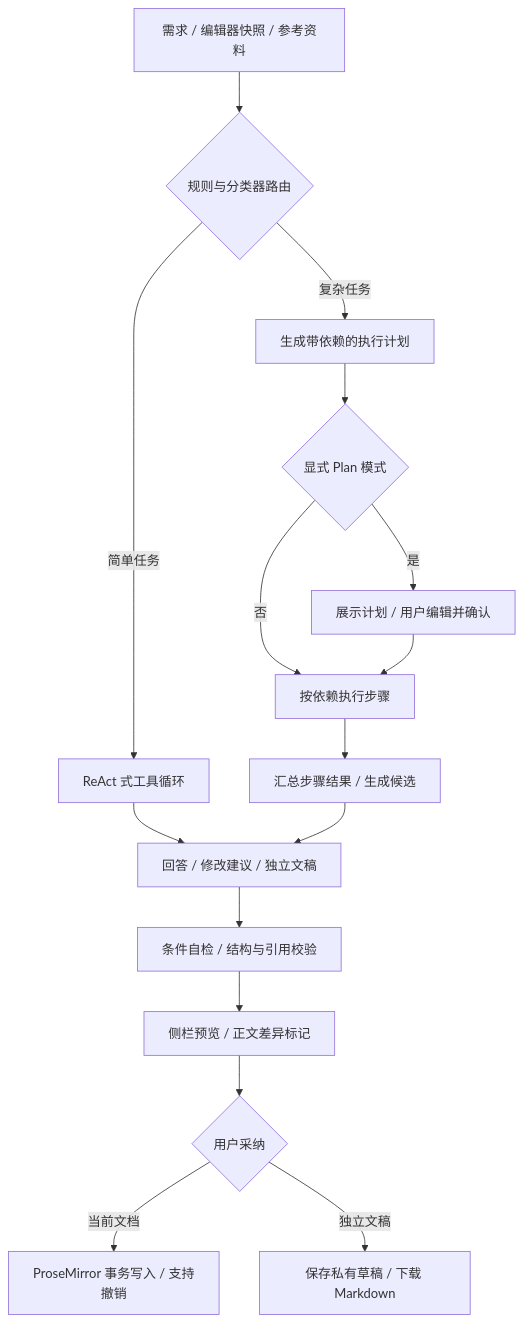
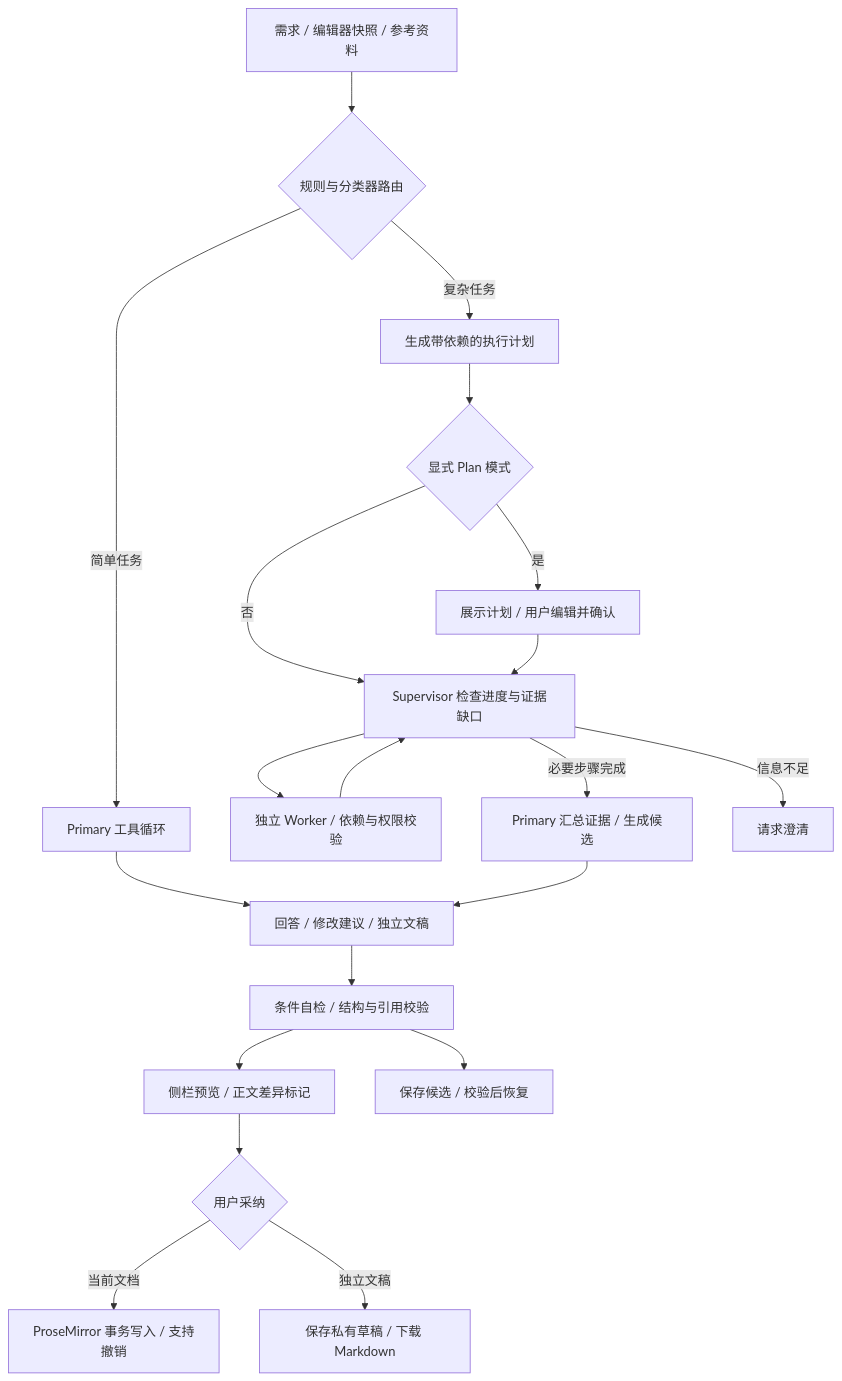
Before and after one commit to seren-spark/livedoc: the third of 4 diagrams in README.md, drawn with Mermaid. The commit also changed other lines of this file and 22 other files, not shown here.

````diff
--- a/README.md
+++ b/README.md
@@ -67,18 +150,22 @@
 ```mermaid
 flowchart TD
   Input[需求 / 编辑器快照 / 参考资料] --> Route{规则与分类器路由}
-  Route -->|简单任务| ReactLoop[ReAct 式工具循环]
+  Route -->|简单任务| ReactLoop[Primary 工具循环]
   Route -->|复杂任务| Plan[生成带依赖的执行计划]
   Plan --> Mode{显式 Plan 模式}
   Mode -->|是| Review[展示计划 / 用户编辑并确认]
-  Mode -->|否| Execute[按依赖执行步骤]
-  Review --> Execute
-  Execute --> Compose[汇总步骤结果 / 生成候选]
+  Mode -->|否| Supervisor[Supervisor 检查进度与证据缺口]
+  Review --> Supervisor
+  Supervisor --> Execute[独立 Worker / 依赖与权限校验]
+  Execute --> Supervisor
+  Supervisor -->|必要步骤完成| Compose[Primary 汇总证据 / 生成候选]
+  Supervisor -->|信息不足| Clarify[请求澄清]
   ReactLoop --> Candidate[回答 / 修改建议 / 独立文稿]
   Compose --> Candidate
   Candidate --> Check[条件自检 / 结构与引用校验]
   Check --> Preview[侧栏预览 / 正文差异标记]
+  Check --> Stored[保存候选 / 校验后恢复]
   Preview --> Accept{用户采纳}
   Accept -->|当前文档| Transaction[ProseMirror 事务写入 / 支持撤销]
   Accept -->|独立文稿| Draft[保存私有草稿 / 下载 Markdown]
 ```
````
